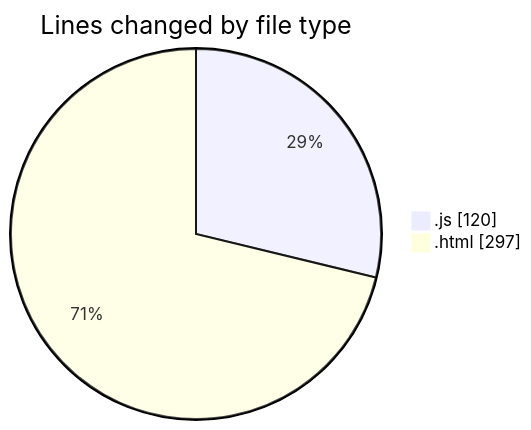
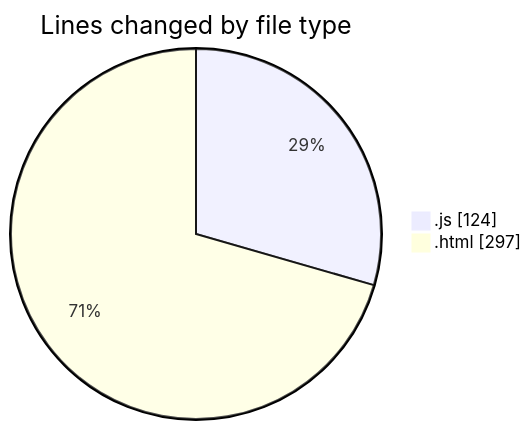
Before and after one commit to Ritupan-Deka/code-tracking: the first of 2 diagrams in 2025-08-15/javascript/README.md, drawn with Mermaid. The commit also changed other lines of this file and 1 other file, not shown here.

````diff
--- a/2025-08-15/javascript/README.md
+++ b/2025-08-15/javascript/README.md
@@ -24,6 +24,6 @@
 ```mermaid
 pie showData
 title Lines changed by file type
-".js" : 120
+".js" : 124
 ".html" : 297
 ```
````
